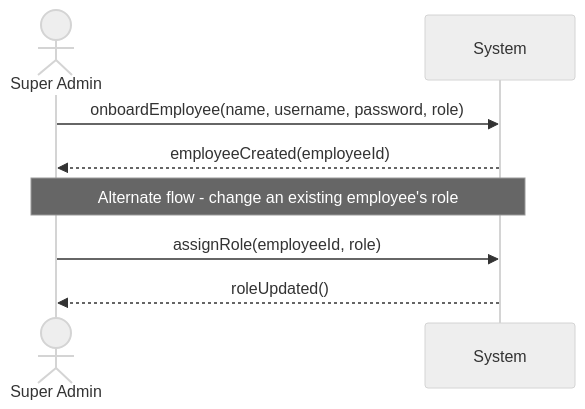
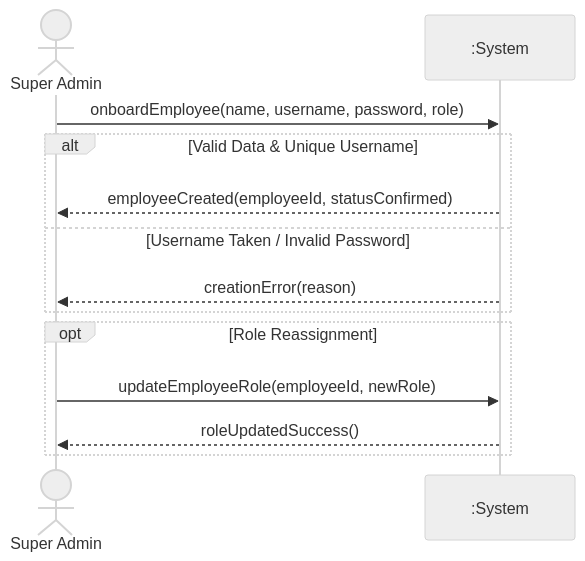
One commit to bwalya-star/POS-Retail-Clothing-Store changed the fourth of 8 diagrams in docs/system_sequence_diagrams.md. Above: the diagram before and after it, drawn with Mermaid (neutral theme). The commit also changed other lines of this file and 15 other files, not shown here.

````diff
--- a/docs/system_sequence_diagrams.md
+++ b/docs/system_sequence_diagrams.md
@@ -65,12 +74,16 @@
 ```mermaid
 sequenceDiagram
     actor SA as Super Admin
-    participant S as System
+    participant S as :System
 
     SA->>S: onboardEmployee(name, username, password, role)
-    S-->>SA: employeeCreated(employeeId)
-
-    Note over SA,S: Alternate flow - change an existing employee's role
-    SA->>S: assignRole(employeeId, role)
-    S-->>SA: roleUpdated()
+    alt Valid Data & Unique Username
+        S-->>SA: employeeCreated(employeeId, statusConfirmed)
+    else Username Taken / Invalid Password
+        S-->>SA: creationError(reason)
+    end
+    opt Role Reassignment
+        SA->>S: updateEmployeeRole(employeeId, newRole)
+        S-->>SA: roleUpdatedSuccess()
+    end
 ```
````
